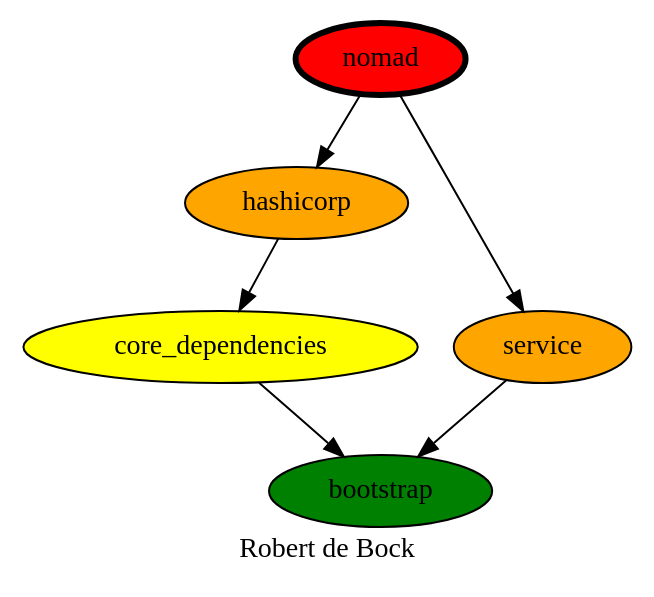
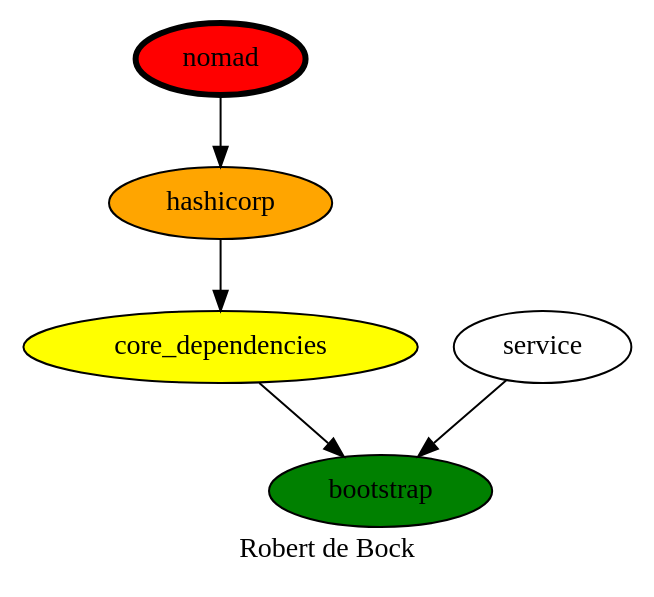
The diagram in nomad.dot (robertdebock/drawings), drawn with Graphviz before and after one commit.

Commit message:
Even less.

```diff
--- a/nomad.dot
+++ b/nomad.dot
@@ -1,14 +1,13 @@
 digraph PhiloDilemma {
   label = "Robert de Bock" ;
   overlap=false
   {
     bootstrap [fillcolor=green style=filled]
     "core_dependencies" [fillcolor=yellow style=filled]
     hashicorp [fillcolor=orange style=filled]
-    service [fillcolor=orange style=filled]
     nomad [fillcolor=red style=filled penwidth=3]
   }
   {"core_dependencies" service} -> bootstrap
   hashicorp -> "core_dependencies"
-  nomad -> {hashicorp service}
+  nomad -> hashicorp
 }
```
